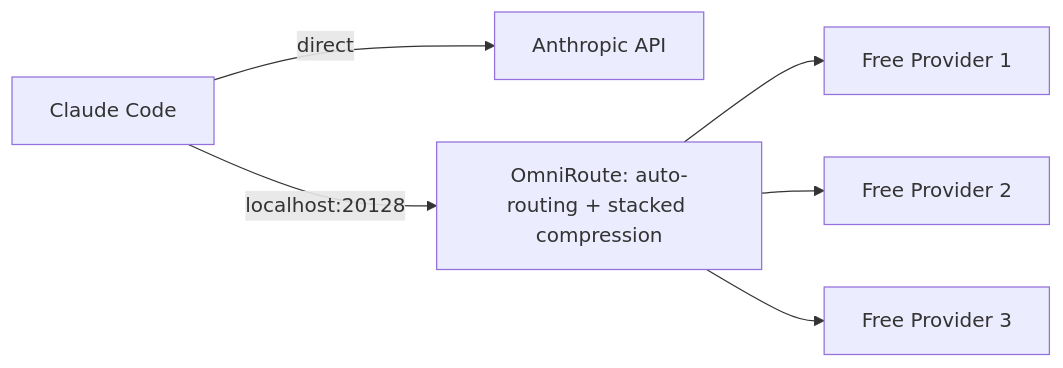
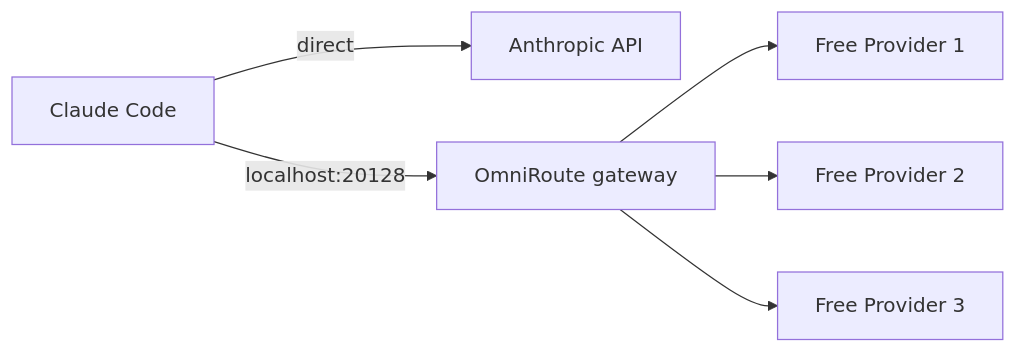
One commit to arunendapally/arunendapally.github.io changed the diagram in _posts/2026-08-07-omniroute-free-tier-routing-and-compression.md. Above: the diagram before and after it, drawn with Mermaid. The commit also changed other lines of this file and 2 other files, not shown here.

First line of the commit message:
Update the OmniRoute post with measured compression numbers

````diff
--- a/_posts/2026-08-07-omniroute-free-tier-routing-and-compression.md
+++ b/_posts/2026-08-07-omniroute-free-tier-routing-and-compression.md
@@ -67,8 +67,8 @@
 ```mermaid
 flowchart LR
     A["Claude Code"] -->|"direct"| B["Anthropic API"]
-    A -->|"localhost:20128"| C["OmniRoute: auto-routing + stacked compression"]
+    A -->|"localhost:20128"| C["OmniRoute gateway"]
     C --> D["Free Provider 1"]
     C --> E["Free Provider 2"]
     C --> F["Free Provider 3"]
 ```
````
